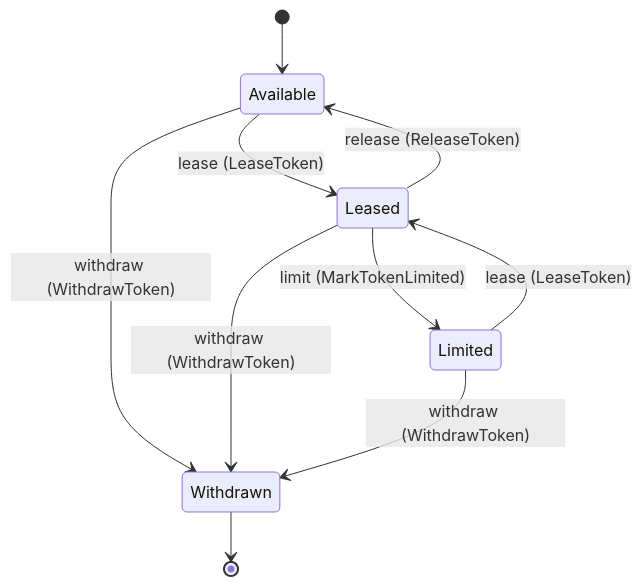
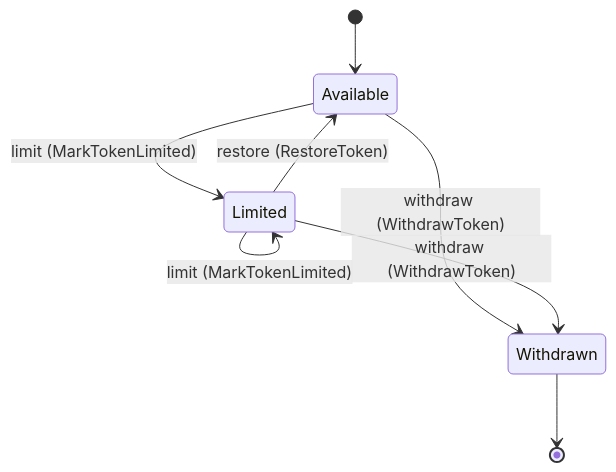
Diagram 14 of 15 in crates/conductor-model/src/server/conductord.docs.md (beyond10x/conductor), drawn with Mermaid before and after one commit. The commit also changed other lines of this file and 126 other files, not shown here.

````diff
--- a/crates/conductor-model/src/server/conductord.docs.md
+++ b/crates/conductor-model/src/server/conductord.docs.md
@@ -3224,12 +3227,10 @@
 ```mermaid
 stateDiagram-v2
     [*] --> Available
-    Available --> Leased: lease (LeaseToken)
-    Limited --> Leased: lease (LeaseToken)
-    Leased --> Available: release (ReleaseToken)
-    Leased --> Limited: limit (MarkTokenLimited)
+    Available --> Limited: limit (MarkTokenLimited)
+    Limited --> Limited: limit (MarkTokenLimited)
+    Limited --> Available: restore (RestoreToken)
     Available --> Withdrawn: withdraw (WithdrawToken)
-    Leased --> Withdrawn: withdraw (WithdrawToken)
     Limited --> Withdrawn: withdraw (WithdrawToken)
     Withdrawn --> [*]
 ```
````
